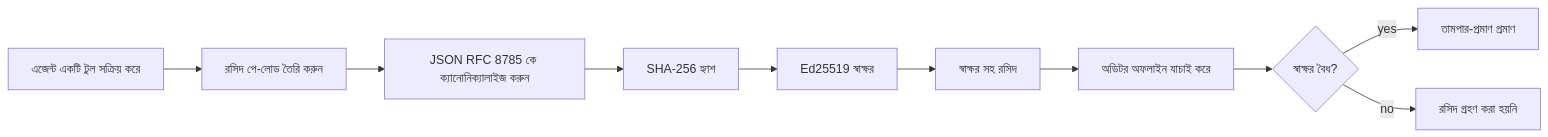
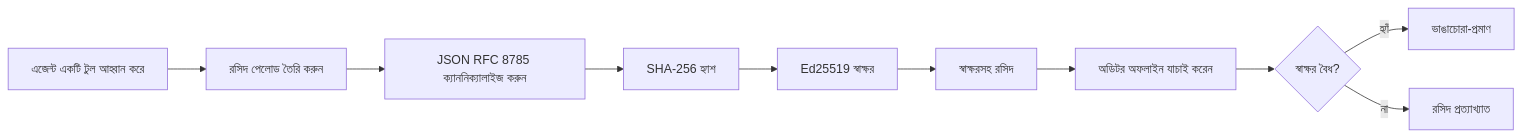
One commit to gabrielmoreira/agent-skills-mirror changed the first of 2 diagrams in mirrors/repos/microsoft@ai-agents-for-beginners/translations/bn/18-securing-ai-agents/README.md. Above: the diagram before and after it, drawn with Mermaid. The commit also changed other lines of this file and 2285 other files, not shown here.

````diff
--- a/mirrors/repos/microsoft@ai-agents-for-beginners/translations/bn/18-securing-ai-agents/README.md
+++ b/mirrors/repos/microsoft@ai-agents-for-beginners/translations/bn/18-securing-ai-agents/README.md
@@ -51,12 +51,12 @@
 ```mermaid
 flowchart LR
-    A[এজেন্ট একটি টুল সক্রিয় করে] --> B[রসিদ পে-লোড তৈরি করুন]
-    B --> C[JSON RFC 8785 কে ক্যানোনিক্যালাইজ করুন]
+    A[এজেন্ট একটি টুল আহ্বান করে] --> B[রসিদ পেলোড তৈরি করুন]
+    B --> C[JSON RFC 8785 ক্যাননিক্যালাইজ করুন]
     C --> D[SHA-256 হ্যাশ]
     D --> E[Ed25519 স্বাক্ষর]
-    E --> F[স্বাক্ষর সহ রসিদ]
-    F --> G[অডিটর অফলাইন যাচাই করে]
+    E --> F[স্বাক্ষরসহ রসিদ]
+    F --> G[অডিটর অফলাইন যাচাই করেন]
     G --> H{স্বাক্ষর বৈধ?}
-    H -- yes --> I[তামপার-প্রমাণ প্রমাণ]
-    H -- no --> J[রসিদ গ্রহণ করা হয়নি]
+    H -- হ্যাঁ --> I[ভাঙাচোরা-প্রমাণ]
+    H -- না --> J[রসিদ প্রত্যাখ্যাত]
 ```
````
